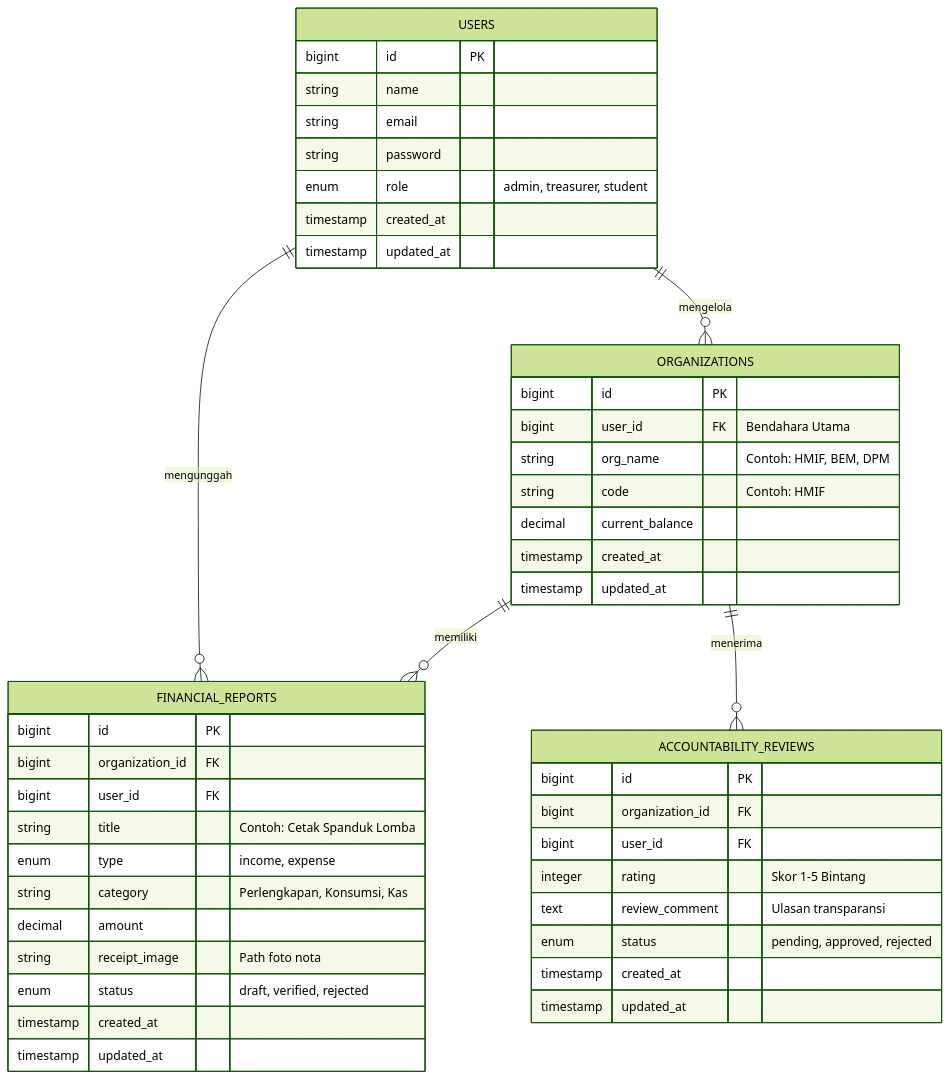
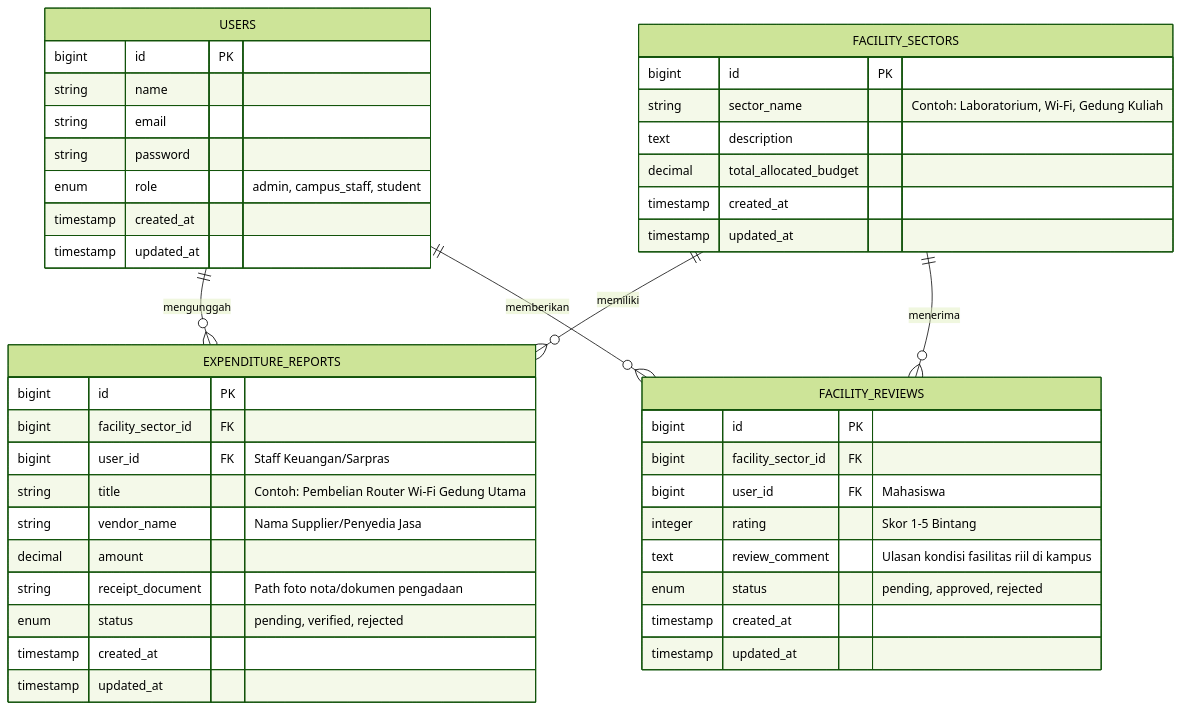
One commit to nafarrel-tns/niceguy changed the diagram in README.md. Above: the diagram before and after it, drawn with Mermaid (forest theme). The commit also changed other lines of this file, not shown here.

````diff
--- a/README.md
+++ b/README.md
@@ -133,53 +133,51 @@
 ```mermaid
 erDiagram
-    USERS ||--o{ ORGANIZATIONS : mengelola
-    USERS ||--o{ FINANCIAL_REPORTS : mengunggah
-    ORGANIZATIONS ||--o{ FINANCIAL_REPORTS : memiliki
-    ORGANIZATIONS ||--o{ ACCOUNTABILITY_REVIEWS : menerima
+    USERS ||--o{ EXPENDITURE_REPORTS : mengunggah
+    FACILITY_SECTORS ||--o{ EXPENDITURE_REPORTS : memiliki
+    FACILITY_SECTORS ||--o{ FACILITY_REVIEWS : menerima
+    USERS ||--o{ FACILITY_REVIEWS : memberikan
 
     USERS {
         bigint id PK
         string name
         string email
         string password
-        enum role "admin, treasurer, student"
+        enum role "admin, campus_staff, student"
         timestamp created_at
         timestamp updated_at
     }
 
-    ORGANIZATIONS {
+    FACILITY_SECTORS {
         bigint id PK
-        bigint user_id FK "Bendahara Utama"
-        string org_name "Contoh: HMIF, BEM, DPM"
-        string code "Contoh: HMIF"
-        decimal current_balance
+        string sector_name "Contoh: Laboratorium, Wi-Fi, Gedung Kuliah"
+        text description
+        decimal total_allocated_budget
         timestamp created_at
         timestamp updated_at
     }
 
-    FINANCIAL_REPORTS {
+    EXPENDITURE_REPORTS {
         bigint id PK
-        bigint organization_id FK
-        bigint user_id FK
-        string title "Contoh: Cetak Spanduk Lomba"
-        enum type "income, expense"
-        string category "Perlengkapan, Konsumsi, Kas"
+        bigint facility_sector_id FK
+        bigint user_id FK "Staff Keuangan/Sarpras"
+        string title "Contoh: Pembelian Router Wi-Fi Gedung Utama"
+        string vendor_name "Nama Supplier/Penyedia Jasa"
         decimal amount
-        string receipt_image "Path foto nota"
-        enum status "draft, verified, rejected"
+        string receipt_document "Path foto nota/dokumen pengadaan"
+        enum status "pending, verified, rejected"
         timestamp created_at
         timestamp updated_at
     }
 
-    ACCOUNTABILITY_REVIEWS {
+    FACILITY_REVIEWS {
         bigint id PK
-        bigint organization_id FK
-        bigint user_id FK
+        bigint facility_sector_id FK
+        bigint user_id FK "Mahasiswa"
         integer rating "Skor 1-5 Bintang"
-        text review_comment "Ulasan transparansi"
+        text review_comment "Ulasan kondisi fasilitas riil di kampus"
         enum status "pending, approved, rejected"
         timestamp created_at
         timestamp updated_at
     }
 
 ```
````
